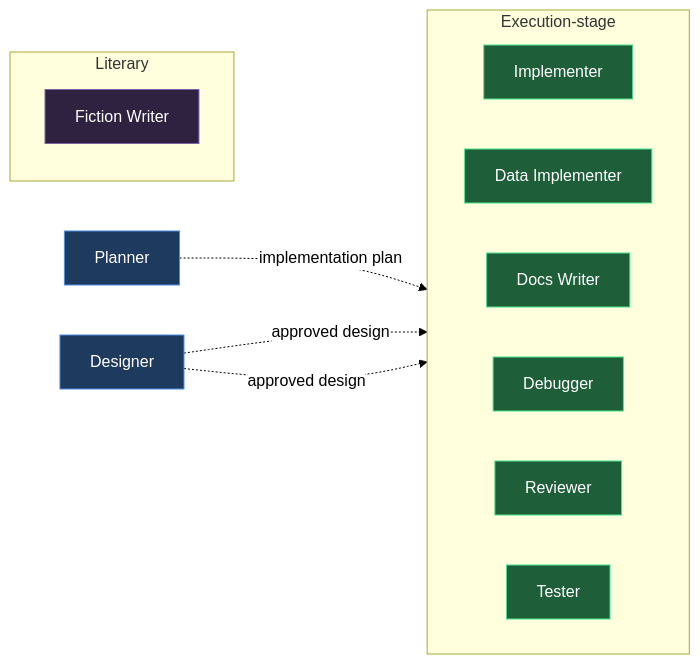
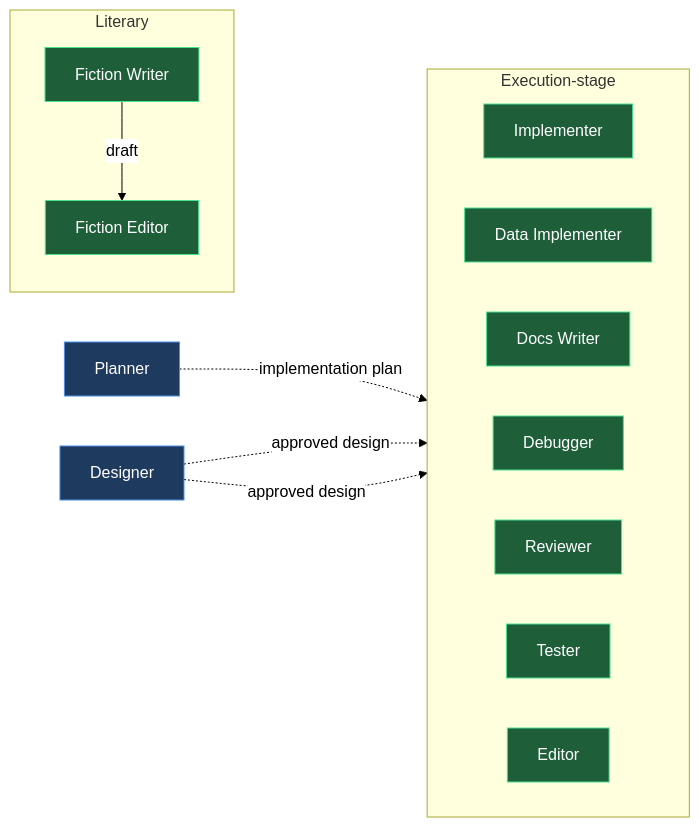
Before and after one commit to mebius-san/lazy-cortex: the diagram in claude/lazycortex-experts/help/execution-stage-agents.md, drawn with Mermaid. The commit also changed other lines of this file and 137 other files, not shown here.

Commit message:
release core 9.8.0, diagram 2.0.0, experts 1.9.0, observe 2.1.0, obsidian 6.0.0, python 4.7.1, review 6.8.0, specs 9.6.0, wiki 3.2.1

````diff
--- a/claude/lazycortex-experts/help/execution-stage-agents.md
+++ b/claude/lazycortex-experts/help/execution-stage-agents.md
@@ -61,35 +72,42 @@
 ```mermaid
 %%{init: {'themeVariables':{'background':'transparent','lineColor':'#000','textColor':'#000','edgeLabelBackground':'#fff'},'themeCSS':'.edgeLabel{background-color:transparent!important}.edgeLabel p{background-color:transparent!important}','flowchart':{'diagramPadding':5,'useMaxWidth':true}}}%%
 flowchart LR
   planner["Planner"]
   designer["Designer"]
+
   subgraph executionStage["Execution-stage"]
     direction LR
     implementer["Implementer"]
     dataImplementer["Data Implementer"]
     docsWriter["Docs Writer"]
     debugger["Debugger"]
     reviewer["Reviewer"]
     tester["Tester"]
+    editor["Editor"]
   end
+
   subgraph literary["Literary"]
     fictionWriter["Fiction Writer"]
+    fictionEditor["Fiction Editor"]
   end
+
   planner -.->|implementation plan| implementer
   designer -.->|approved design| dataImplementer
   designer -.->|approved design| docsWriter
+  fictionWriter -->|draft| fictionEditor
 
   classDef entry fill:#1e3a5f,stroke:#4a90e2,color:#fff
   classDef action fill:#1e5f3a,stroke:#4ae290,color:#fff
-  classDef sub fill:#2e2240,stroke:#7e63a8,color:#fff
 
   class planner entry
   class designer entry
   class implementer action
   class dataImplementer action
   class docsWriter action
   class debugger action
   class reviewer action
   class tester action
-  class fictionWriter sub
+  class editor action
+  class fictionWriter action
+  class fictionEditor action
 ```
````
